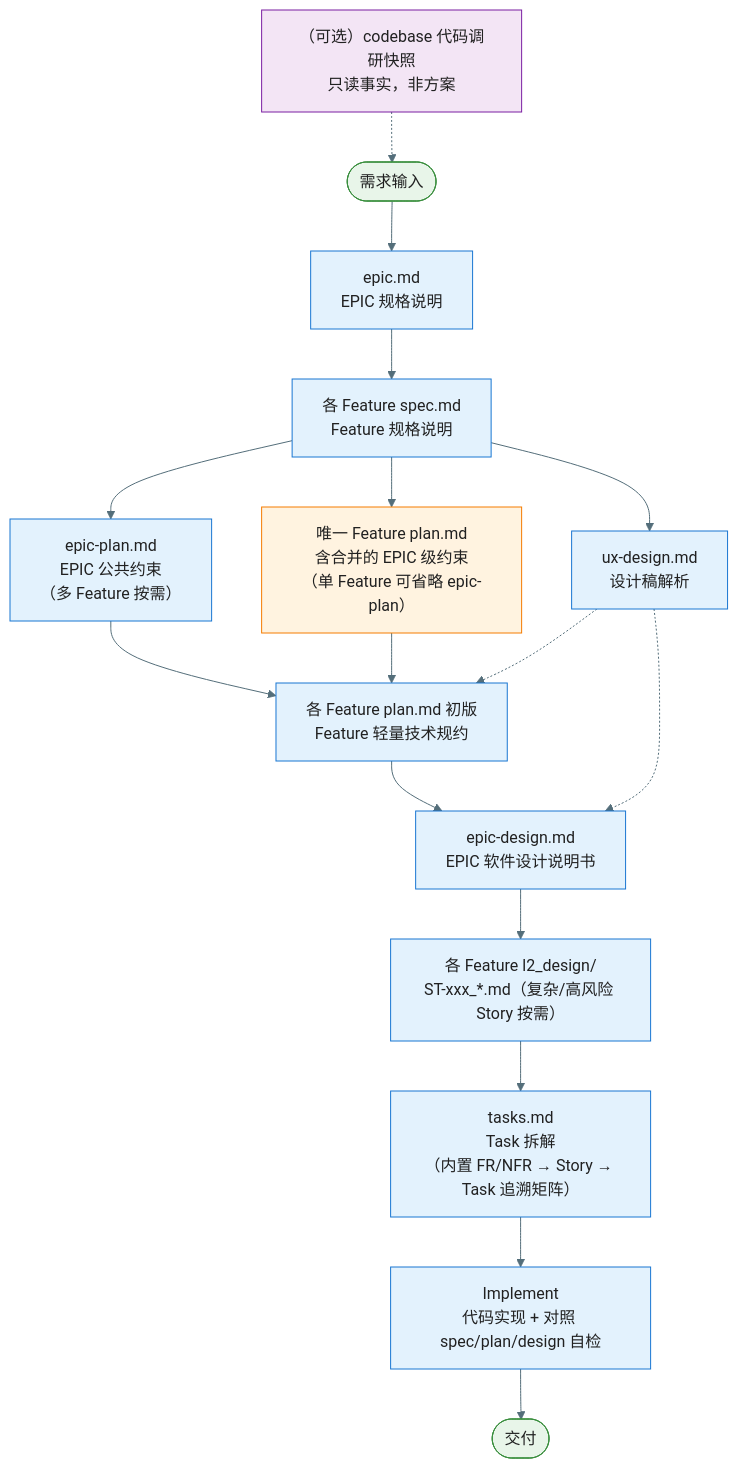
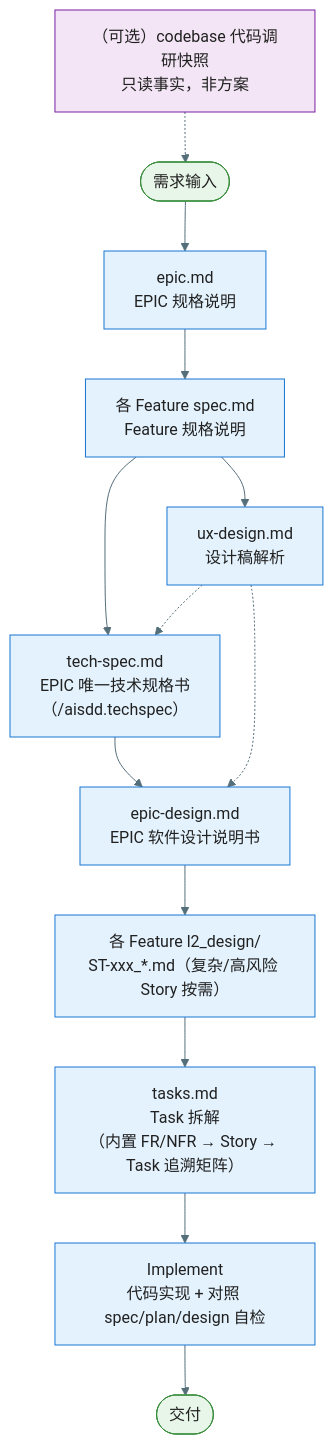
One commit to jackykarma/Verity changed the first of 8 diagrams in docs/aisdd/workflow-overview.md. Above: the diagram before and after it, drawn with Mermaid. The commit also changed other lines of this file and 64 other files, not shown here.

First line of the commit message:
refactor ♻️(AISDD): 合并 epic-plan 与 Feature plan 为 tech-spec.md

````diff
--- a/docs/aisdd/workflow-overview.md
+++ b/docs/aisdd/workflow-overview.md
@@ -9,32 +9,27 @@
 ```mermaid
 %%{init: {'theme': 'base', 'themeVariables': { 'primaryColor': '#E3F2FD', 'primaryTextColor': '#212121', 'primaryBorderColor': '#1976D2', 'lineColor': '#546E7A'}}}%%
 flowchart TD
     Research["（可选）codebase 代码调研快照<br/>只读事实，非方案"] -.-> Start
     Start([需求输入]) --> EpicMd["epic.md<br/>EPIC 规格说明"]
     EpicMd --> SpecMd["各 Feature spec.md<br/>Feature 规格说明"]
-    SpecMd --> EpicPlan["epic-plan.md<br/>EPIC 公共约束<br/>（多 Feature 按需）"]
-    SpecMd --> PlanSingle["唯一 Feature plan.md<br/>含合并的 EPIC 级约束<br/>（单 Feature 可省略 epic-plan）"]
+    SpecMd --> TechSpec["tech-spec.md<br/>EPIC 唯一技术规格书<br/>（/aisdd.techspec）"]
     SpecMd --> UxDesign["ux-design.md<br/>设计稿解析"]
-    EpicPlan --> PlanMd["各 Feature plan.md 初版<br/>Feature 轻量技术规约"]
-    PlanSingle --> PlanMd
-    UxDesign -.-> PlanMd
-    PlanMd --> EpicDesign["epic-design.md<br/>EPIC 软件设计说明书"]
+    UxDesign -.-> TechSpec
+    TechSpec --> EpicDesign["epic-design.md<br/>EPIC 软件设计说明书"]
     UxDesign -.-> EpicDesign
     EpicDesign --> StoryDesign["各 Feature l2_design/<br/>ST-xxx_*.md（复杂/高风险 Story 按需）"]
     StoryDesign --> TasksMd["tasks.md<br/>Task 拆解<br/>（内置 FR/NFR → Story → Task 追溯矩阵）"]
     TasksMd --> Implement["Implement<br/>代码实现 + 对照 spec/plan/design 自检"]
     Implement --> Done([交付])
 
     style Research fill:#F3E5F5,stroke:#7B1FA2
     style Start fill:#E8F5E9,stroke:#388E3C
     style Done fill:#E8F5E9,stroke:#388E3C
     style EpicMd fill:#E3F2FD,stroke:#1976D2
     style SpecMd fill:#E3F2FD,stroke:#1976D2
-    style EpicPlan fill:#E3F2FD,stroke:#1976D2
-    style PlanSingle fill:#FFF3E0,stroke:#F57C00
+    style TechSpec fill:#E3F2FD,stroke:#1976D2
     style UxDesign fill:#E3F2FD,stroke:#1976D2
-    style PlanMd fill:#E3F2FD,stroke:#1976D2
     style EpicDesign fill:#E3F2FD,stroke:#1976D2
     style StoryDesign fill:#E3F2FD,stroke:#1976D2
     style TasksMd fill:#E3F2FD,stroke:#1976D2
 ```
````
